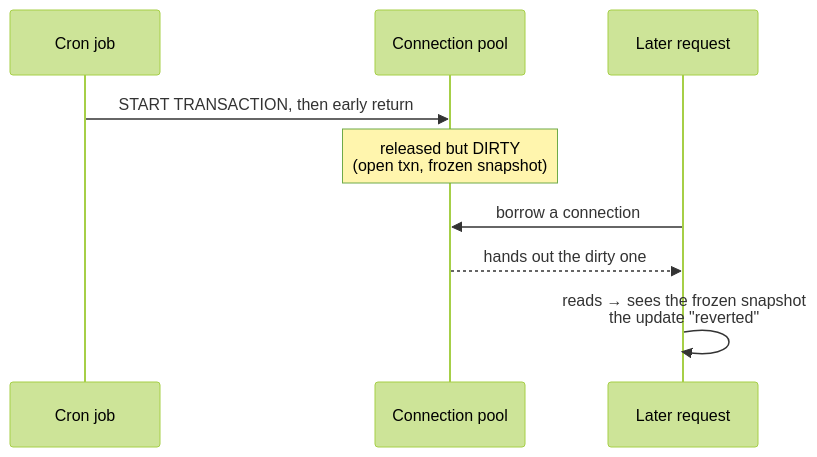
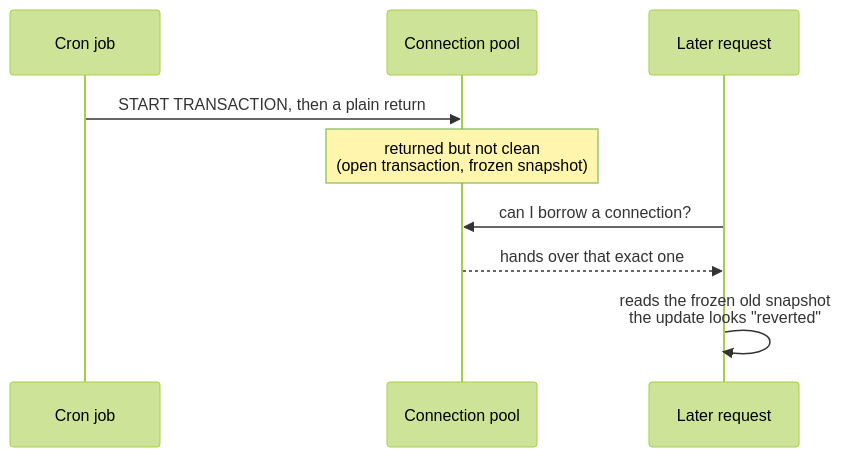
One commit to kukjun/blog changed the diagram in src/content/blog/en/unclosed-transaction-pool.md. Above: the diagram before and after it, drawn with Mermaid (forest theme). The commit also changed other lines of this file and 1 other file, not shown here.

First line of the commit message:
Rewrite connection-pool post in conversational voice (Toss-style)

````diff
--- a/src/content/blog/en/unclosed-transaction-pool.md
+++ b/src/content/blog/en/unclosed-transaction-pool.md
@@ -84,11 +85,11 @@
 ```mermaid
 sequenceDiagram
   participant Cron as Cron job
   participant Pool as Connection pool
   participant User as Later request
-  Cron->>Pool: START TRANSACTION, then early return
-  Note over Pool: released but DIRTY<br/>(open txn, frozen snapshot)
-  User->>Pool: borrow a connection
-  Pool-->>User: hands out the dirty one
-  User->>User: reads → sees the frozen snapshot<br/>the update "reverted"
+  Cron->>Pool: START TRANSACTION, then a plain return
+  Note over Pool: returned but not clean<br/>(open transaction, frozen snapshot)
+  User->>Pool: can I borrow a connection?
+  Pool-->>User: hands over that exact one
+  User->>User: reads the frozen old snapshot<br/>the update looks "reverted"
 ```
````
